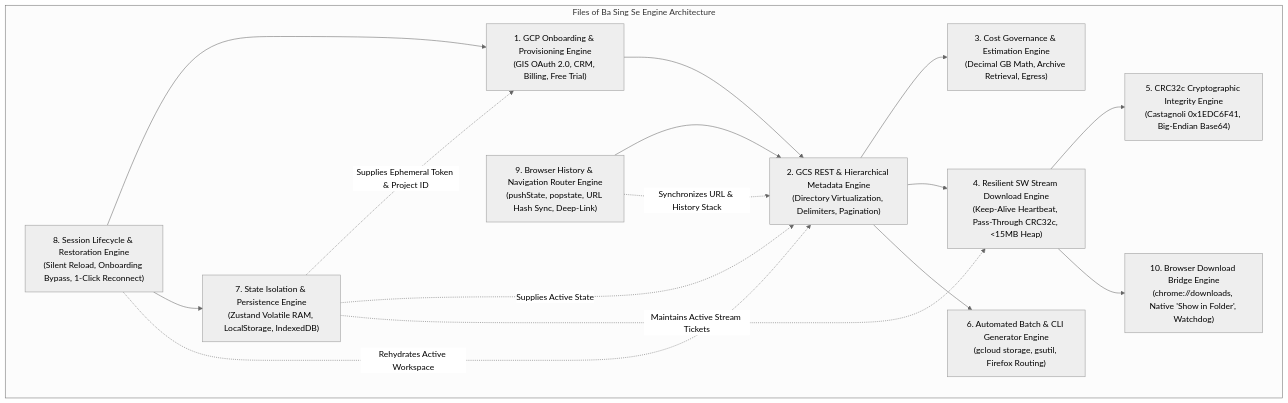
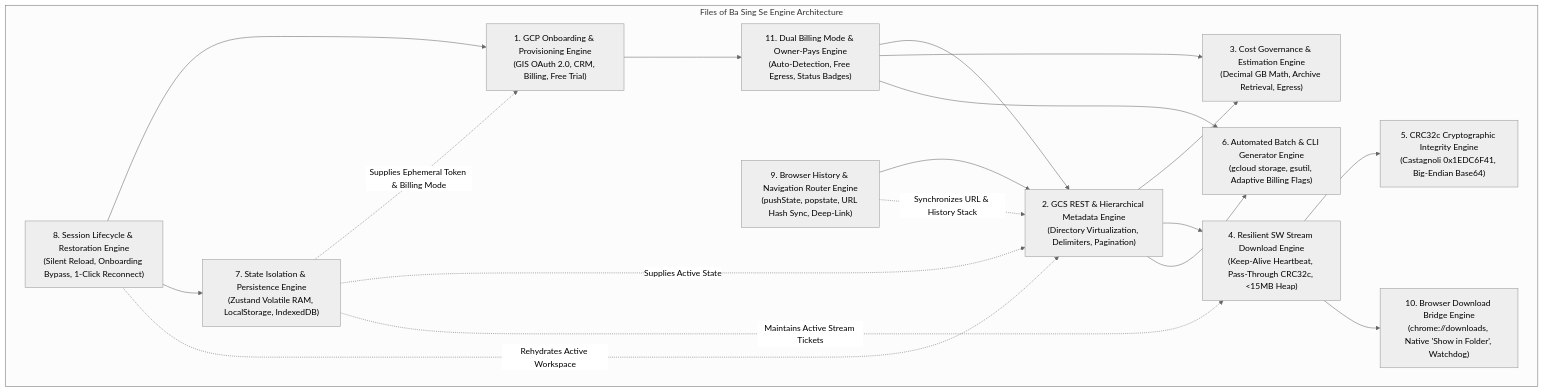
One commit to NovaLogicDev/FilesOfBaSingSe changed the first of 9 diagrams in docs/requirements/system_engines_design_specification.md. Above: the diagram before and after it, drawn with Mermaid (neutral theme). The commit also changed other lines of this file and 20 other files, not shown here.

First line of the commit message:
docs: add dual billing mode & owner-pays bucket consumption requirements (MOD-13)

````diff
--- a/docs/requirements/system_engines_design_specification.md
+++ b/docs/requirements/system_engines_design_specification.md
@@ -10,30 +10,34 @@
 ```mermaid
 flowchart TD
     subgraph CoreEngines ["Files of Ba Sing Se Engine Architecture"]
         E1["1. GCP Onboarding & Provisioning Engine\n(GIS OAuth 2.0, CRM, Billing, Free Trial)"]
         E2["2. GCS REST & Hierarchical Metadata Engine\n(Directory Virtualization, Delimiters, Pagination)"]
         E3["3. Cost Governance & Estimation Engine\n(Decimal GB Math, Archive Retrieval, Egress)"]
         E4["4. Resilient SW Stream Download Engine\n(Keep-Alive Heartbeat, Pass-Through CRC32c, <15MB Heap)"]
         E5["5. CRC32c Cryptographic Integrity Engine\n(Castagnoli 0x1EDC6F41, Big-Endian Base64)"]
-        E6["6. Automated Batch & CLI Generator Engine\n(gcloud storage, gsutil, Firefox Routing)"]
+        E6["6. Automated Batch & CLI Generator Engine\n(gcloud storage, gsutil, Adaptive Billing Flags)"]
         E7["7. State Isolation & Persistence Engine\n(Zustand Volatile RAM, LocalStorage, IndexedDB)"]
         E8["8. Session Lifecycle & Restoration Engine\n(Silent Reload, Onboarding Bypass, 1-Click Reconnect)"]
         E9["9. Browser History & Navigation Router Engine\n(pushState, popstate, URL Hash Sync, Deep-Link)"]
         E10["10. Browser Download Bridge Engine\n(chrome://downloads, Native 'Show in Folder', Watchdog)"]
+        E11["11. Dual Billing Mode & Owner-Pays Engine\n(Auto-Detection, Free Egress, Status Badges)"]
     end
 
     E8 --> E1
     E8 --> E7
-    E1 --> E2
+    E1 --> E11
+    E11 --> E2
     E9 --> E2
     E2 --> E3
     E2 --> E4
     E4 --> E5
     E4 --> E10
     E2 --> E6
-    E7 -.->|"Supplies Ephemeral Token & Project ID"| E1
+    E11 --> E3
+    E11 --> E6
+    E7 -.->|"Supplies Ephemeral Token & Billing Mode"| E1
     E7 -.->|"Supplies Active State"| E2
     E7 -.->|"Maintains Active Stream Tickets"| E4
     E8 -.->|"Rehydrates Active Workspace"| E2
     E9 -.->|"Synchronizes URL & History Stack"| E2
 ```
````
